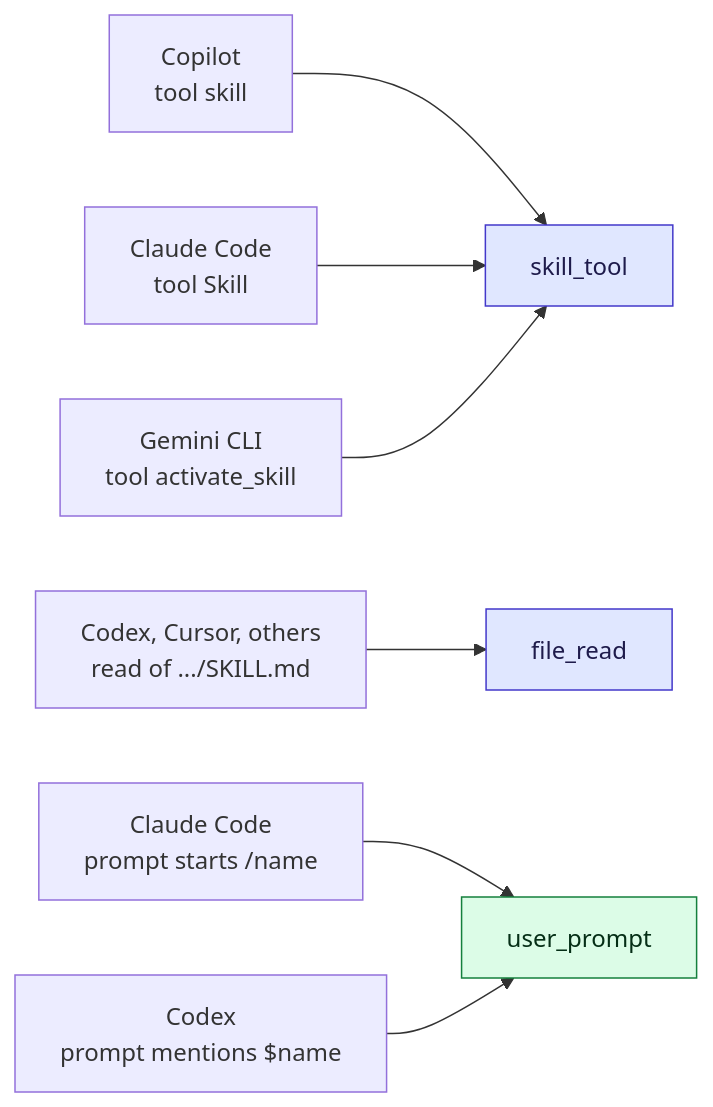
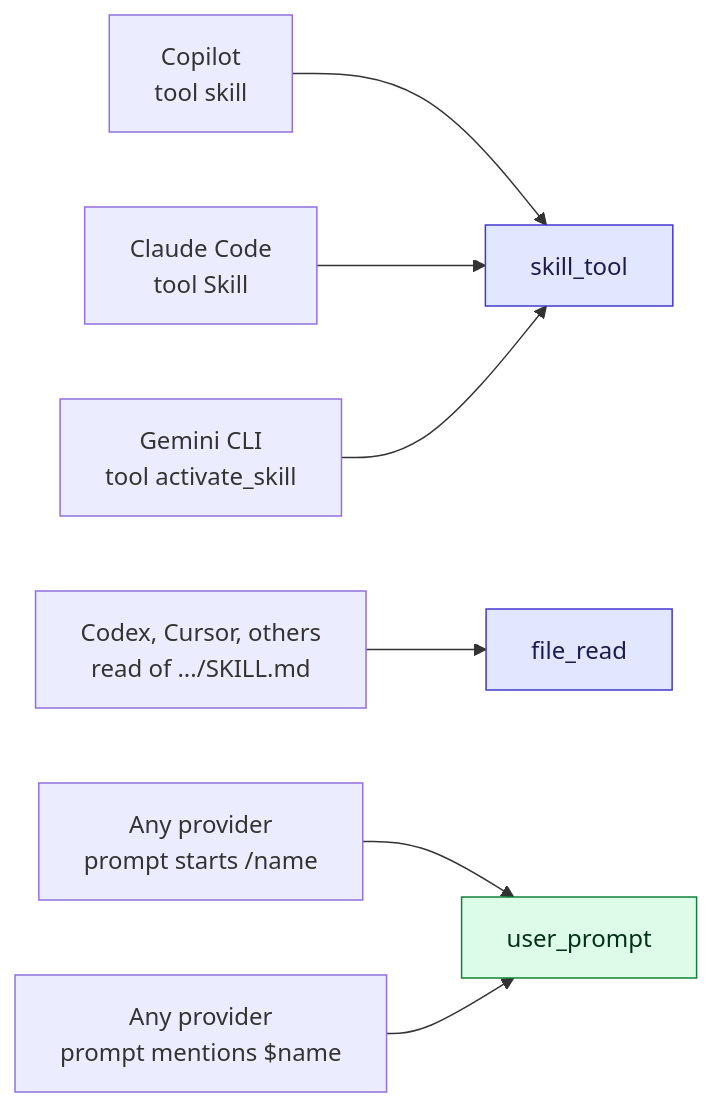
Before and after one commit to Siddhant-K-code/agent-trace: the third of 7 diagrams in docs/skills.md, drawn with Mermaid.

Commit message:
docs(skills): prompt loads apply to every provider

````diff
--- a/docs/skills.md
+++ b/docs/skills.md
@@ -52,11 +52,11 @@
 ```mermaid
 flowchart LR
     c1["Copilot<br/>tool skill"] --> T["skill_tool"]:::model
     c2["Claude Code<br/>tool Skill"] --> T
     c3["Gemini CLI<br/>tool activate_skill"] --> T
     c4["Codex, Cursor, others<br/>read of .../SKILL.md"] --> R["file_read"]:::model
-    c5["Claude Code<br/>prompt starts /name"] --> P["user_prompt"]:::user
-    c6["Codex<br/>prompt mentions $name"] --> P
+    c5["Any provider<br/>prompt starts /name"] --> P["user_prompt"]:::user
+    c6["Any provider<br/>prompt mentions $name"] --> P
     classDef model fill:#e0e7ff,stroke:#4338ca,color:#1e1b4b
     classDef user fill:#dcfce7,stroke:#15803d,color:#052e16
 ```
````
